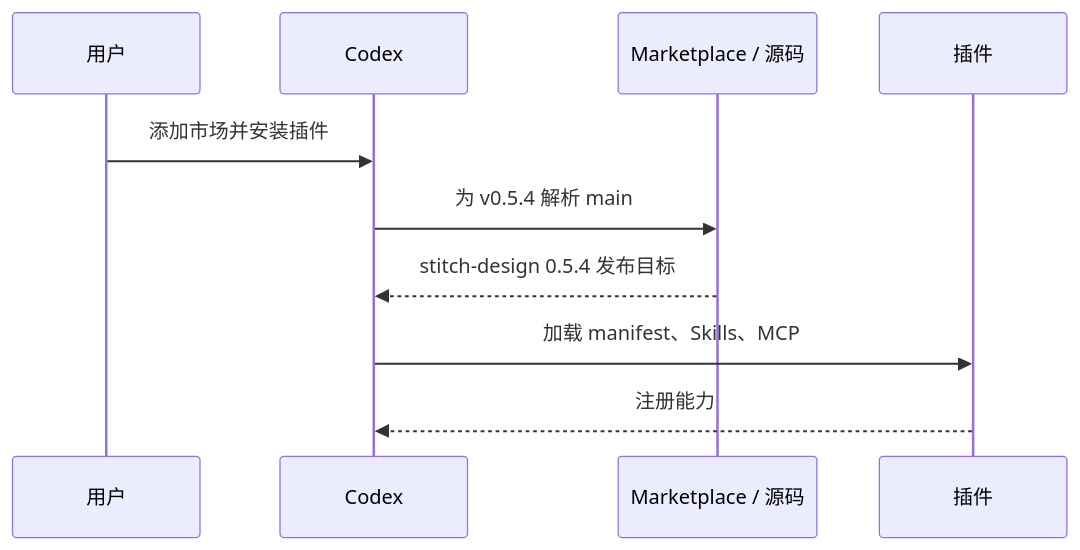
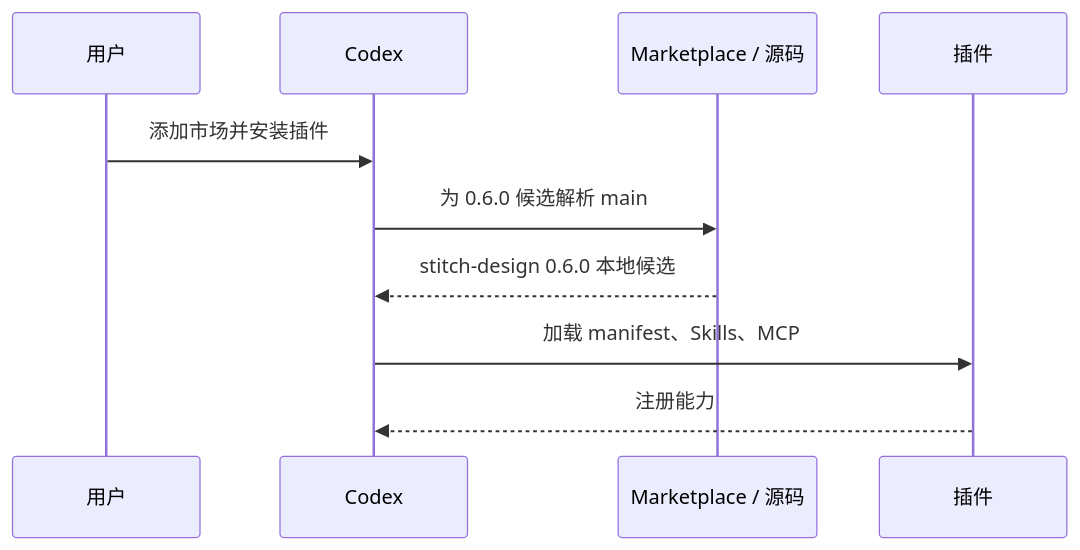
The seventh of 11 diagrams in docs/Stitch-Design-Architecture.zh_CN.md (full-stack-plugins/stitch-design-plugin), drawn with Mermaid before and after one commit. The commit also changed other lines of this file and 30 other files, not shown here.

````diff
--- a/docs/Stitch-Design-Architecture.zh_CN.md
+++ b/docs/Stitch-Design-Architecture.zh_CN.md
@@ -158,12 +158,12 @@
 ```mermaid
 sequenceDiagram
     participant U as 用户
     participant C as Codex
     participant M as Marketplace / 源码
     participant P as 插件
     U->>C: 添加市场并安装插件
-    C->>M: 为 v0.5.4 解析 main
-    M-->>C: stitch-design 0.5.4 发布目标
+    C->>M: 为 0.6.0 候选解析 main
+    M-->>C: stitch-design 0.6.0 本地候选
     C->>P: 加载 manifest、Skills、MCP
     P-->>C: 注册能力
 ```
````
